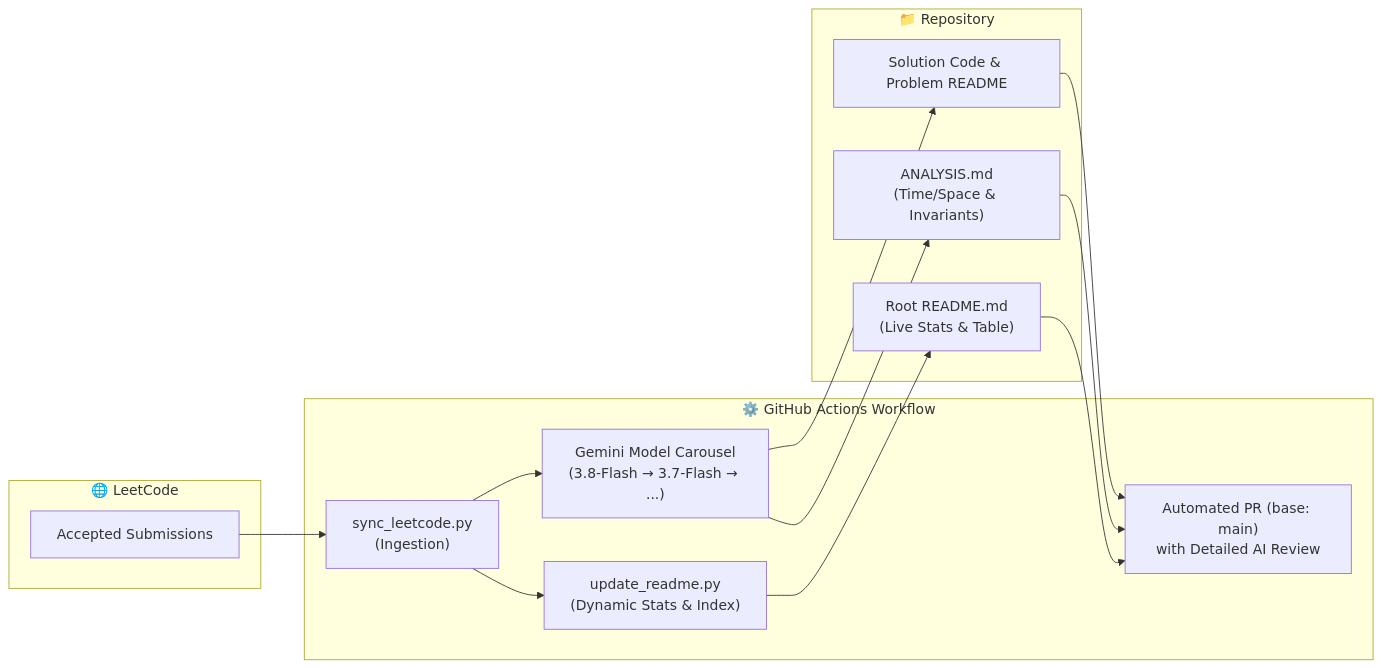
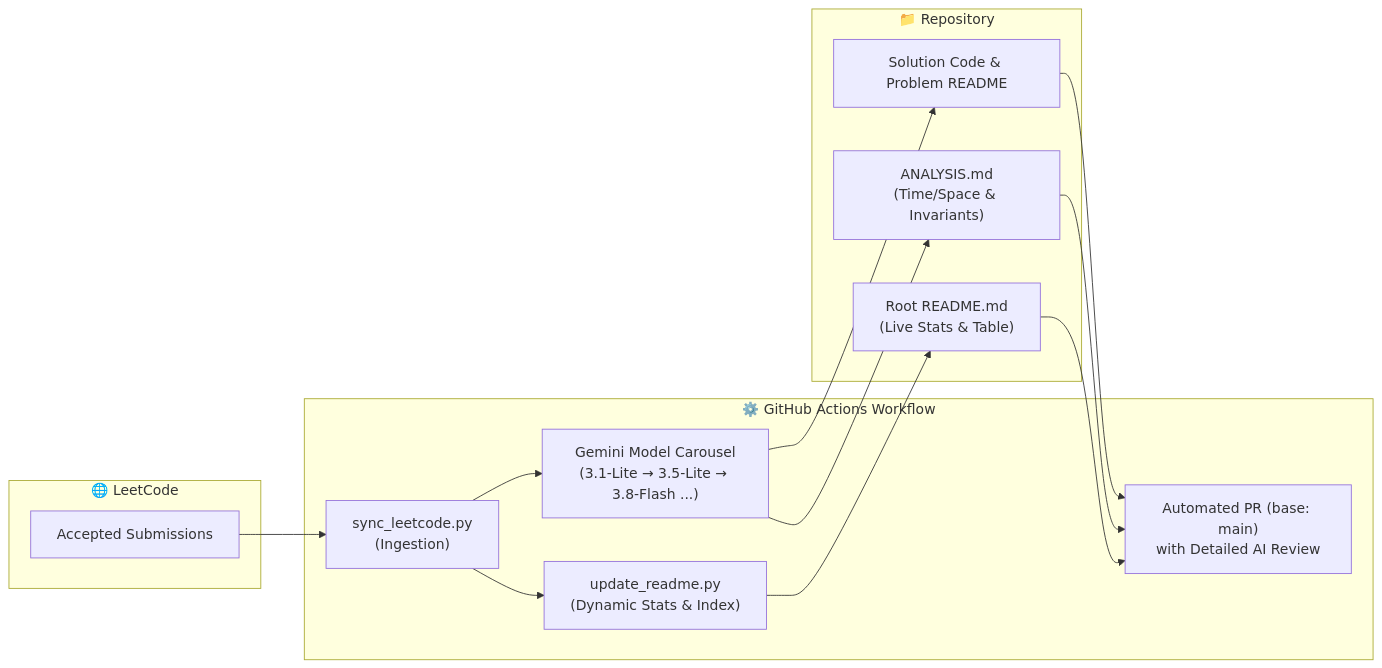
One commit to TedXpro/Leetcode changed the diagram in README.md. Above: the diagram before and after it, drawn with Mermaid. The commit also changed other lines of this file and 1235 other files, not shown here.

````diff
--- a/README.md
+++ b/README.md
@@ -46,26 +46,26 @@
 ```mermaid
 flowchart LR
     subgraph LC["🌐 LeetCode"]
         A["Accepted Submissions"]
     end
 
     subgraph GHA["⚙️ GitHub Actions Workflow"]
         B["sync_leetcode.py<br/>(Ingestion)"]
-        C["Gemini Model Carousel<br/>(3.8-Flash → 3.7-Flash → ...)"]
+        C["Gemini Model Carousel<br/>(3.1-Lite → 3.5-Lite → 3.8-Flash ...)"]
         D["update_readme.py<br/>(Dynamic Stats & Index)"]
         E["Automated PR (base: main)<br/>with Detailed AI Review"]
     end
 
     subgraph Repo["📁 Repository"]
         F["Solution Code & Problem README"]
         G["ANALYSIS.md<br/>(Time/Space & Invariants)"]
         H["Root README.md<br/>(Live Stats & Table)"]
     end
 
     A --> B
     B --> C
     C --> F & G
     B --> D
     D --> H
     F & G & H --> E
 ```
````
